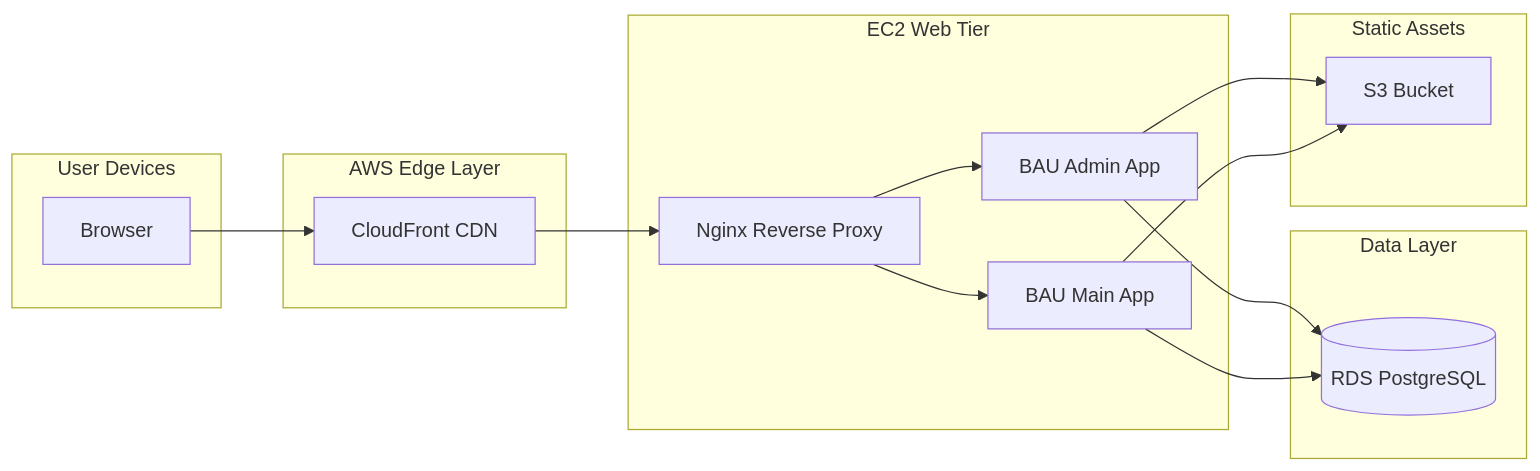
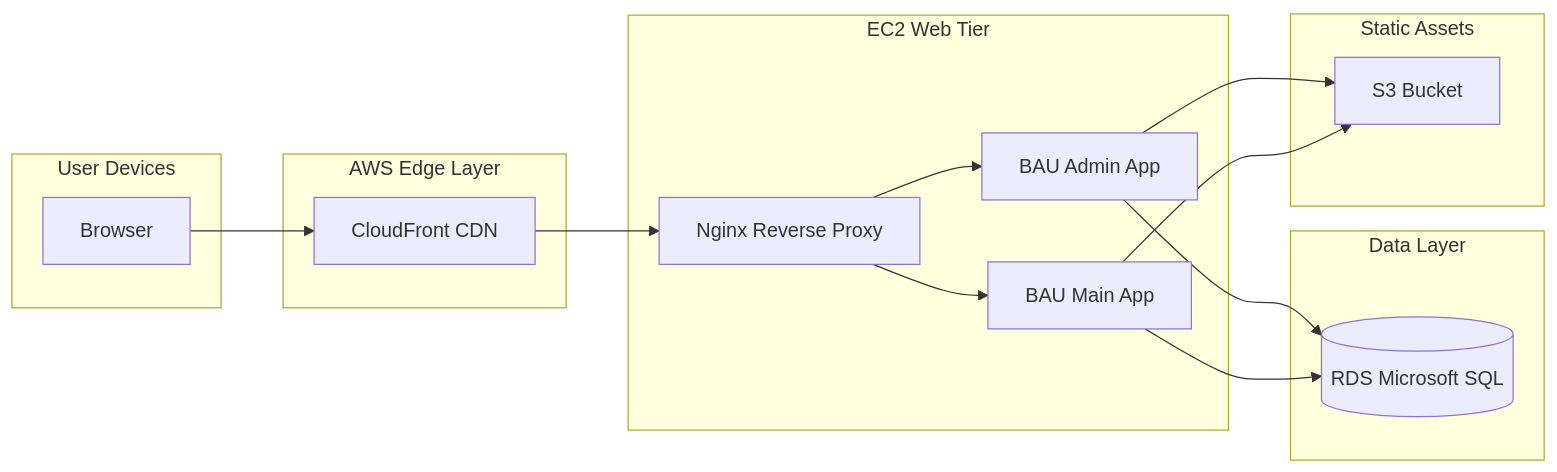
The second of 23 diagrams in docs/MICROSERVICEARCHITECTUREOVERVIEW.md (cruckman900/BusinessAsUsual), drawn with Mermaid before and after one commit. The commit also changed other lines of this file, not shown here.

Commit message:
updated doc to show MVC/Blazor and Microsoft SQL

````diff
--- a/docs/MICROSERVICEARCHITECTUREOVERVIEW.md
+++ b/docs/MICROSERVICEARCHITECTUREOVERVIEW.md
@@ -1480,33 +1480,33 @@
 ```mermaid
 flowchart LR
     subgraph Client["User Devices"]
         A[Browser]
     end
 
     subgraph Edge["AWS Edge Layer"]
         B[CloudFront CDN]
     end
 
     subgraph WebTier["EC2 Web Tier"]
         C[Nginx Reverse Proxy]
         D[BAU Admin App]
         E[BAU Main App]
     end
 
     subgraph Data["Data Layer"]
-        F[(RDS PostgreSQL)]
+        F[(RDS Microsoft SQL)]
     end
 
     subgraph Storage["Static Assets"]
         G[S3 Bucket]
     end
 
     A --> B
     B --> C
     C --> D
     C --> E
     D --> F
     E --> F
     D --> G
     E --> G
 ```
````
